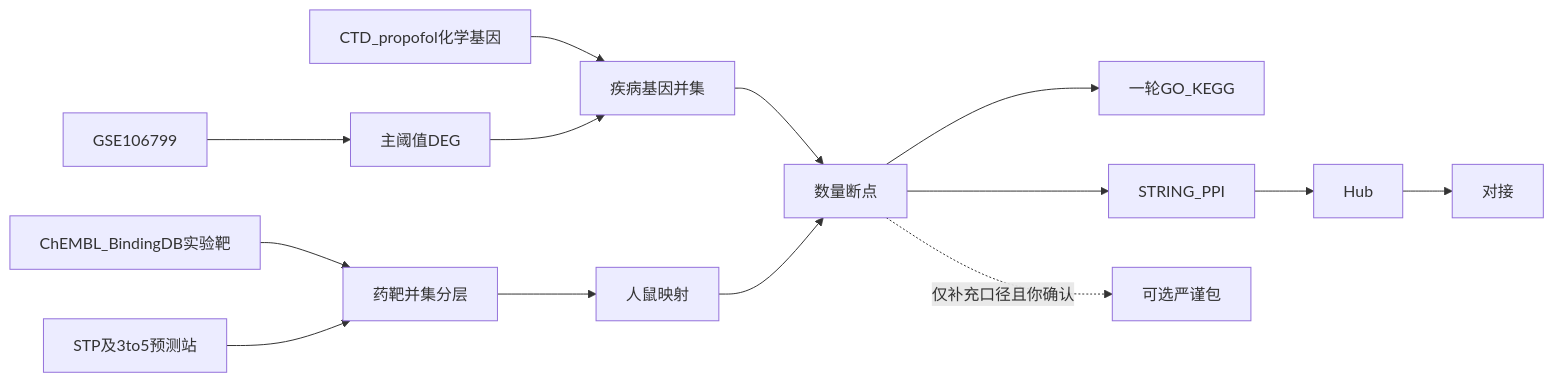
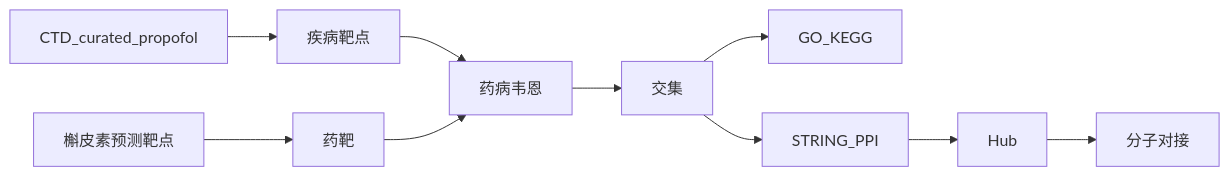
The diagram in 昱阳项目/01_分析报告_AnalysisReport/01_课题说明_ProjectBrief/01_研究计划_ResearchPlan.md (buyongqucai/RProject), drawn with Mermaid before and after one commit. The commit also changed other lines of this file and 1610 other files, not shown here.

````diff
--- a/昱阳项目/01_分析报告_AnalysisReport/01_课题说明_ProjectBrief/01_研究计划_ResearchPlan.md
+++ b/昱阳项目/01_分析报告_AnalysisReport/01_课题说明_ProjectBrief/01_研究计划_ResearchPlan.md
@@ -40,16 +52,12 @@
 ```mermaid
 flowchart LR
-  GEO[GSE106799] --> DEG[主阈值DEG]
-  CTD[CTD_propofol化学基因] --> Dis[疾病基因并集]
-  DEG --> Dis
-  ExpT[ChEMBL_BindingDB实验靶] --> Drug[药靶并集分层]
-  Pred[STP及3to5预测站] --> Drug
-  Drug --> Map[人鼠映射]
-  Dis --> Gate[数量断点]
-  Map --> Gate
-  Gate --> Enrich[一轮GO_KEGG]
-  Gate --> PPI[STRING_PPI]
+  CTD[CTD_curated_propofol] --> Dis[疾病靶点]
+  Pred[槲皮素预测靶点] --> Drug[药靶]
+  Dis --> Venn[药病韦恩]
+  Drug --> Venn
+  Venn --> Ov[交集]
+  Ov --> Enrich[GO_KEGG]
+  Ov --> PPI[STRING_PPI]
   PPI --> Hub[Hub]
-  Hub --> Dock[对接]
-  Gate -.->|仅补充口径且你确认| Opt[可选严谨包]
+  Hub --> Dock[分子对接]
 ```
````
